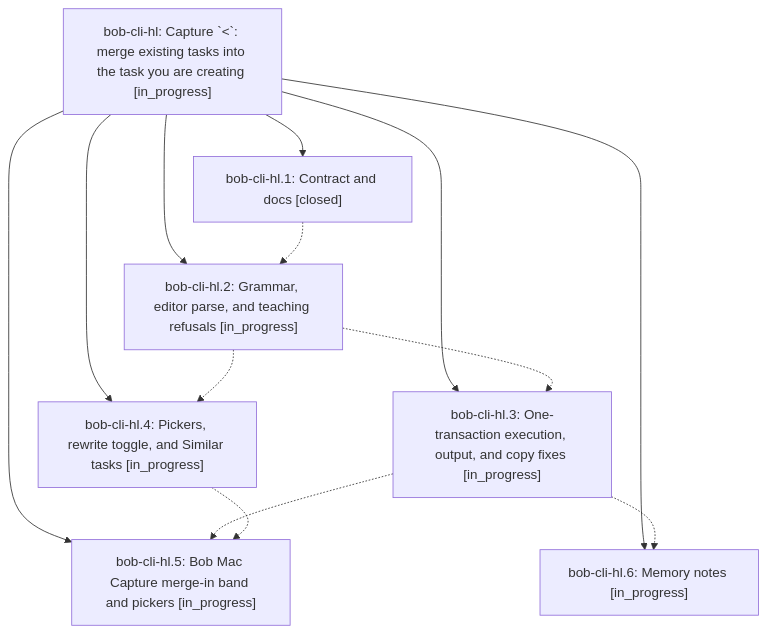
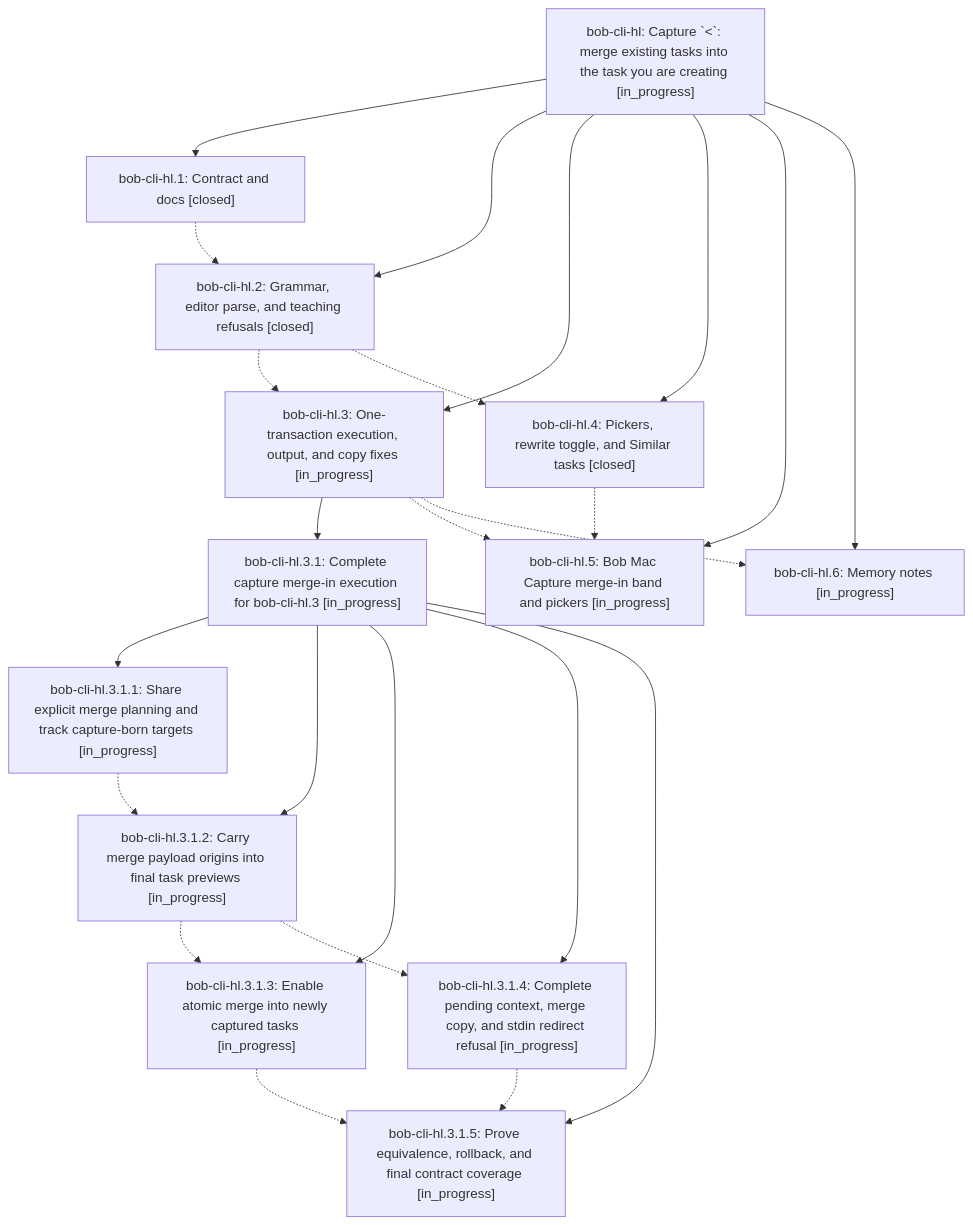
The diagram in pages/bob-cli-hl/README.md (bobs-org/bob-cli--beads), drawn with Mermaid before and after one commit. The commit also changed other lines of this file and 11 other files, not shown here.

First line of the commit message:
chore(beads): sync bead state and pages for bob-cli-hl

````diff
--- a/pages/bob-cli-hl/README.md
+++ b/pages/bob-cli-hl/README.md
@@ -39,22 +43,39 @@
 ```mermaid
 flowchart TD
     n0["bob-cli-hl: Capture `&lt;`: merge existing tasks into the task you are creating [in_progress]"]
     n1["bob-cli-hl.1: Contract and docs [closed]"]
-    n2["bob-cli-hl.2: Grammar, editor parse, and teaching refusals [in_progress]"]
+    n2["bob-cli-hl.2: Grammar, editor parse, and teaching refusals [closed]"]
     n3["bob-cli-hl.3: One-transaction execution, output, and copy fixes [in_progress]"]
-    n4["bob-cli-hl.4: Pickers, rewrite toggle, and Similar tasks [in_progress]"]
-    n5["bob-cli-hl.5: Bob Mac Capture merge-in band and pickers [in_progress]"]
-    n6["bob-cli-hl.6: Memory notes [in_progress]"]
+    n4["bob-cli-hl.3.1: Complete capture merge-in execution for bob-cli-hl.3 [in_progress]"]
+    n5["bob-cli-hl.3.1.1: Share explicit merge planning and track capture-born targets [in_progress]"]
+    n6["bob-cli-hl.3.1.2: Carry merge payload origins into final task previews [in_progress]"]
+    n7["bob-cli-hl.3.1.3: Enable atomic merge into newly captured tasks [in_progress]"]
+    n8["bob-cli-hl.3.1.4: Complete pending context, merge copy, and stdin redirect refusal [in_progress]"]
+    n9["bob-cli-hl.3.1.5: Prove equivalence, rollback, and final contract coverage [in_progress]"]
+    n10["bob-cli-hl.4: Pickers, rewrite toggle, and Similar tasks [closed]"]
+    n11["bob-cli-hl.5: Bob Mac Capture merge-in band and pickers [in_progress]"]
+    n12["bob-cli-hl.6: Memory notes [in_progress]"]
     n0 --> n1
     n0 --> n2
     n0 --> n3
-    n0 --> n4
-    n0 --> n5
-    n0 --> n6
+    n3 --> n4
+    n4 --> n5
+    n4 --> n6
+    n4 --> n7
+    n4 --> n8
+    n4 --> n9
+    n0 --> n10
+    n0 --> n11
+    n0 --> n12
     n1 -.-> n2
     n2 -.-> n3
-    n2 -.-> n4
-    n3 -.-> n5
-    n3 -.-> n6
-    n4 -.-> n5
+    n2 -.-> n10
+    n3 -.-> n11
+    n3 -.-> n12
+    n5 -.-> n6
+    n6 -.-> n7
+    n6 -.-> n8
+    n7 -.-> n9
+    n8 -.-> n9
+    n10 -.-> n11
 ```
````
